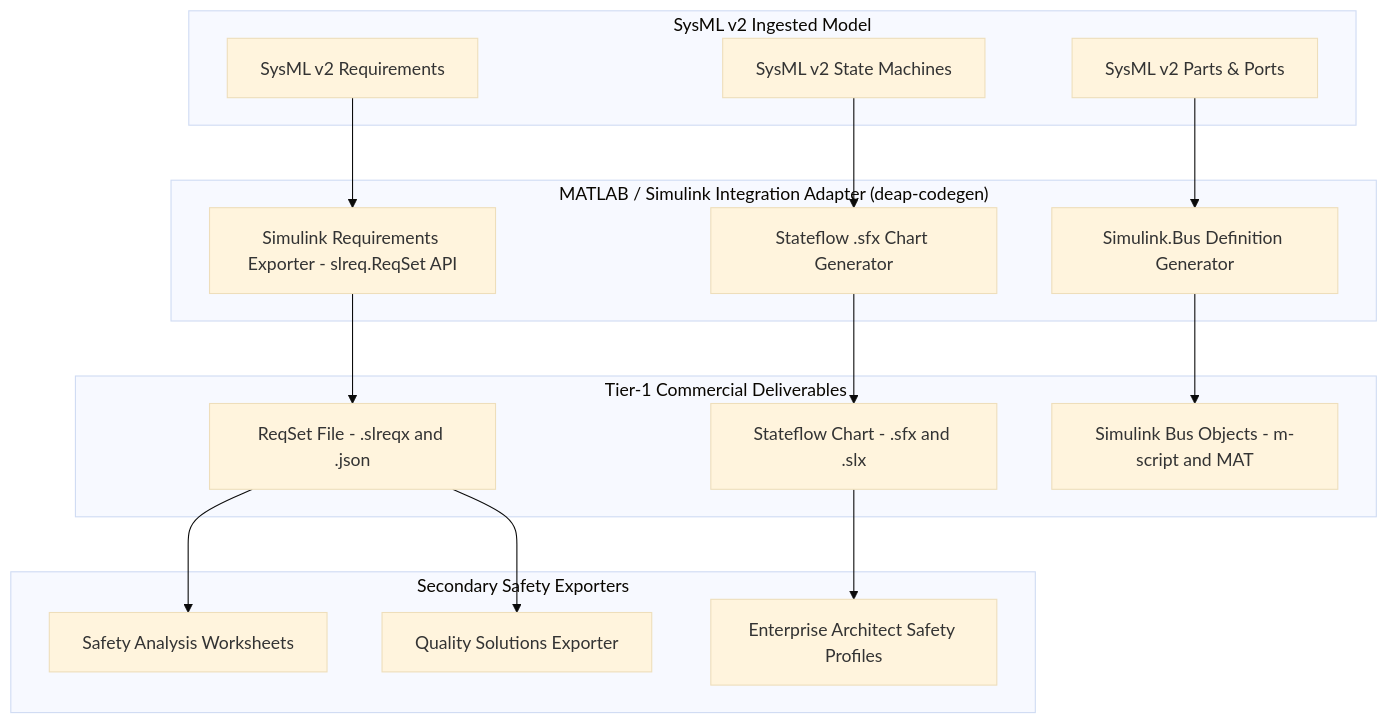
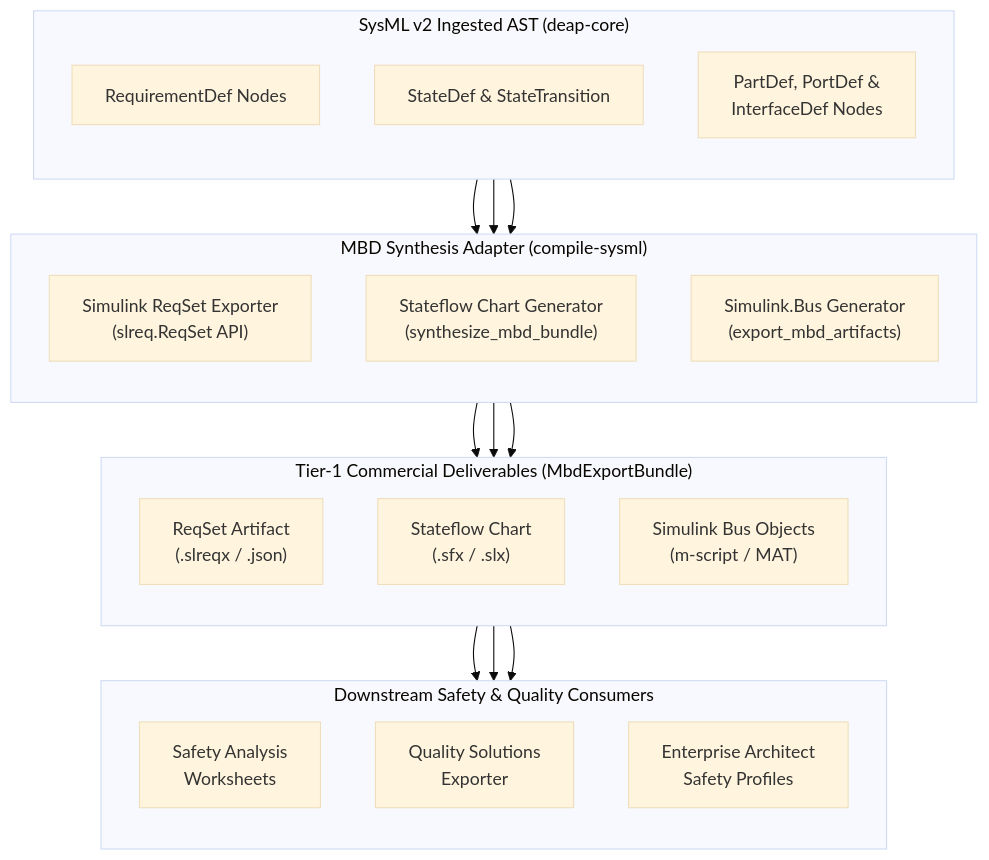
The fifth of 8 diagrams in docs/architecture/blueprints/DEAP_SYSML_V2_INGESTION_ENGINE_BLUEPRINT.md (gintatkinson/DEAP01-spec-core), drawn with Mermaid (base theme) before and after one commit. The commit also changed other lines of this file and 28 other files, not shown here.

Commit message:
feat(verify-baseline,deap-core,compile-sysml): implement Option C blueprint capabilities and Check 37 blueprint grounding gate

````diff
--- a/docs/architecture/blueprints/DEAP_SYSML_V2_INGESTION_ENGINE_BLUEPRINT.md
+++ b/docs/architecture/blueprints/DEAP_SYSML_V2_INGESTION_ENGINE_BLUEPRINT.md
@@ -362,33 +660,40 @@
 ```mermaid
 flowchart TD
-    subgraph "SysML v2 Ingested Model"
-        SysML_Reqs["SysML v2 Requirements"]
-        SysML_States["SysML v2 State Machines"]
-        SysML_Ports["SysML v2 Parts & Ports"]
+    subgraph IngestedModel ["SysML v2 Ingested AST (deap-core)"]
+        direction TB
+        SysML_Reqs["RequirementDef Nodes"]
+        SysML_States["StateDef & StateTransition"]
+        SysML_Ports["PartDef, PortDef &<br/>InterfaceDef Nodes"]
     end
 
-    subgraph "MATLAB / Simulink Integration Adapter (deap-codegen)"
-        Req_Exporter["Simulink Requirements Exporter - slreq.ReqSet API"]
-        SFX_Exporter["Stateflow .sfx Chart Generator"]
-        Bus_Exporter["Simulink.Bus Definition Generator"]
+    subgraph MbdAdapter ["MBD Synthesis Adapter (compile-sysml)"]
+        direction TB
+        Req_Exporter["Simulink ReqSet Exporter<br/>(slreq.ReqSet API)"]
+        SFX_Exporter["Stateflow Chart Generator<br/>(synthesize_mbd_bundle)"]
+        Bus_Exporter["Simulink.Bus Generator<br/>(export_mbd_artifacts)"]
     end
 
-    subgraph "Tier-1 Commercial Deliverables"
-        SlReq_File["ReqSet File - .slreqx and .json"]
-        Stateflow_Chart["Stateflow Chart - .sfx and .slx"]
-        Simulink_Bus["Simulink Bus Objects - m-script and MAT"]
+    subgraph Tier1Deliverables ["Tier-1 Commercial Deliverables (MbdExportBundle)"]
+        direction TB
+        SlReq_File["ReqSet Artifact<br/>(.slreqx / .json)"]
+        Stateflow_Chart["Stateflow Chart<br/>(.sfx / .slx)"]
+        Simulink_Bus["Simulink Bus Objects<br/>(m-script / MAT)"]
     end
 
-    subgraph "Secondary Safety Exporters"
-        Medini["Safety Analysis Worksheets"]
-        Windchill["Quality Solutions Exporter"]
-        EA["Enterprise Architect Safety Profiles"]
+    subgraph SecondaryExporters ["Downstream Safety & Quality Consumers"]
+        direction TB
+        Medini["Safety Analysis<br/>Worksheets"]
+        Windchill["Quality Solutions<br/>Exporter"]
+        EA["Enterprise Architect<br/>Safety Profiles"]
     end
 
-    SysML_Reqs --> Req_Exporter --> SlReq_File
-    SysML_States --> SFX_Exporter --> Stateflow_Chart
-    SysML_Ports --> Bus_Exporter --> Simulink_Bus
+    SysML_Reqs --> Req_Exporter
+    Req_Exporter --> SlReq_File
+    SysML_States --> SFX_Exporter
+    SFX_Exporter --> Stateflow_Chart
+    SysML_Ports --> Bus_Exporter
+    Bus_Exporter --> Simulink_Bus
     SlReq_File --> Medini
     SlReq_File --> Windchill
     Stateflow_Chart --> EA
 ```
````
